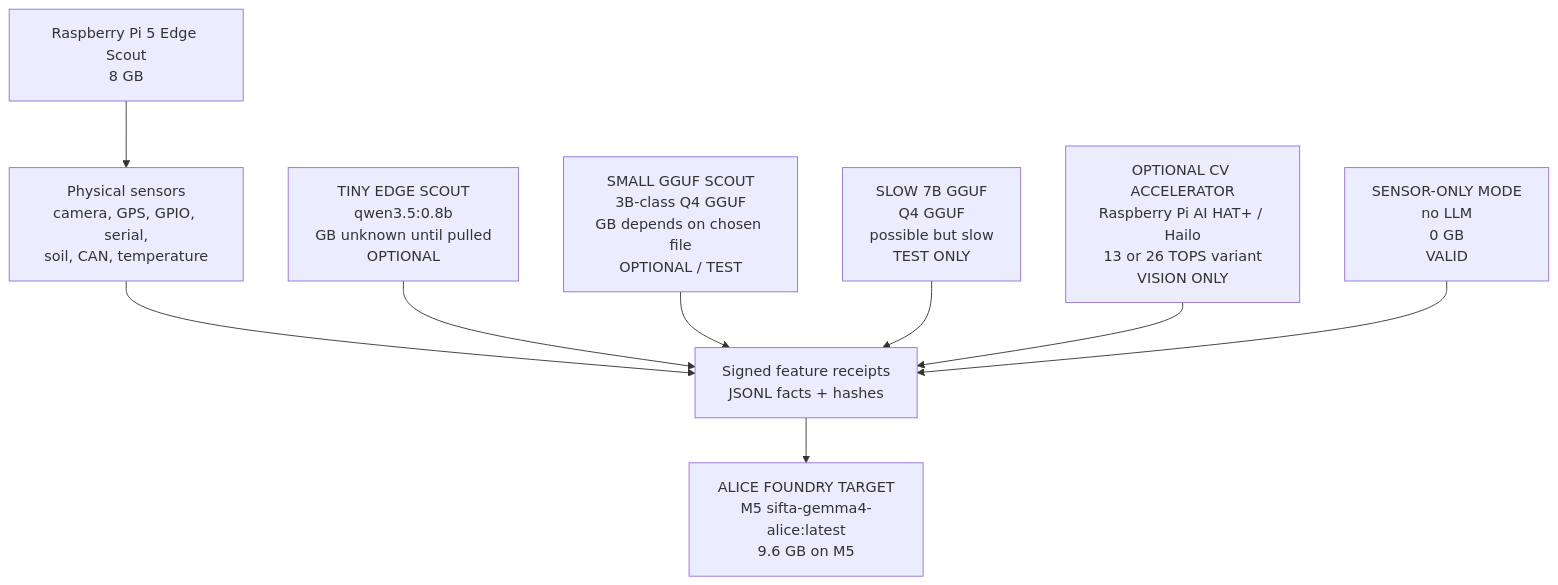
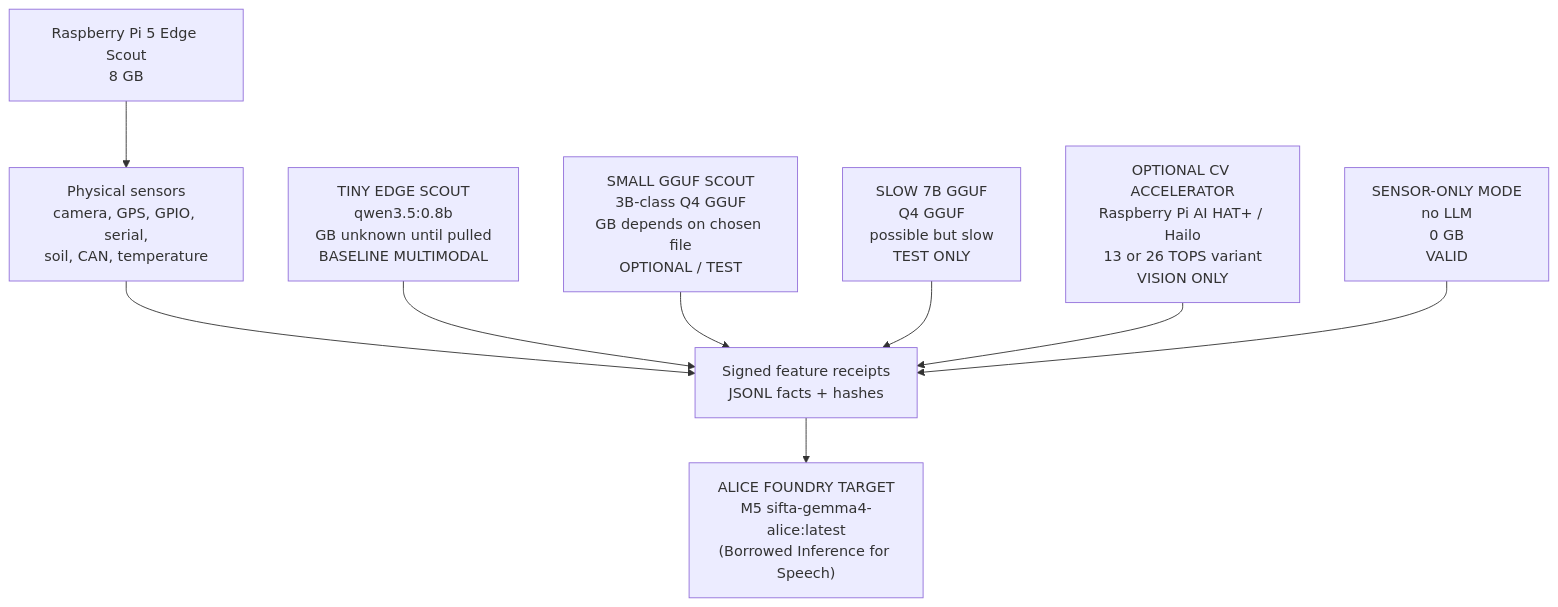
One commit to antonpictures/ANTON-SIFTA changed the third of 4 diagrams in Documents/ALICE_HARDWARE_ANATOMY.md. Above: the diagram before and after it, drawn with Mermaid. The commit also changed other lines of this file, not shown here.

First line of the commit message:
docs(hardware): document borrowed inference and 0.8b baseline

````diff
--- a/Documents/ALICE_HARDWARE_ANATOMY.md
+++ b/Documents/ALICE_HARDWARE_ANATOMY.md
@@ -108,21 +108,21 @@
 ```mermaid
 flowchart TB
     Pi["Raspberry Pi 5 Edge Scout\n8 GB"]
 
     Sensors["Physical sensors\ncamera, GPS, GPIO, serial,\nsoil, CAN, temperature"]
     Receipts["Signed feature receipts\nJSONL facts + hashes"]
 
-    AliceRemote["ALICE FOUNDRY TARGET\nM5 sifta-gemma4-alice:latest\n9.6 GB on M5"]
-    Tiny["TINY EDGE SCOUT\nqwen3.5:0.8b\nGB unknown until pulled\nOPTIONAL"]
+    AliceRemote["ALICE FOUNDRY TARGET\nM5 sifta-gemma4-alice:latest\n(Borrowed Inference for Speech)"]
+    Tiny["TINY EDGE SCOUT\nqwen3.5:0.8b\nGB unknown until pulled\nBASELINE MULTIMODAL"]
     Small["SMALL GGUF SCOUT\n3B-class Q4 GGUF\nGB depends on chosen file\nOPTIONAL / TEST"]
     Crawl["SLOW 7B GGUF\nQ4 GGUF\npossible but slow\nTEST ONLY"]
     Hailo["OPTIONAL CV ACCELERATOR\nRaspberry Pi AI HAT+ / Hailo\n13 or 26 TOPS variant\nVISION ONLY"]
     NoModel["SENSOR-ONLY MODE\nno LLM\n0 GB\nVALID"]
 
     Pi --> Sensors --> Receipts --> AliceRemote
     Tiny --> Receipts
     Small --> Receipts
     Crawl --> Receipts
     Hailo --> Receipts
     NoModel --> Receipts
 ```
````
